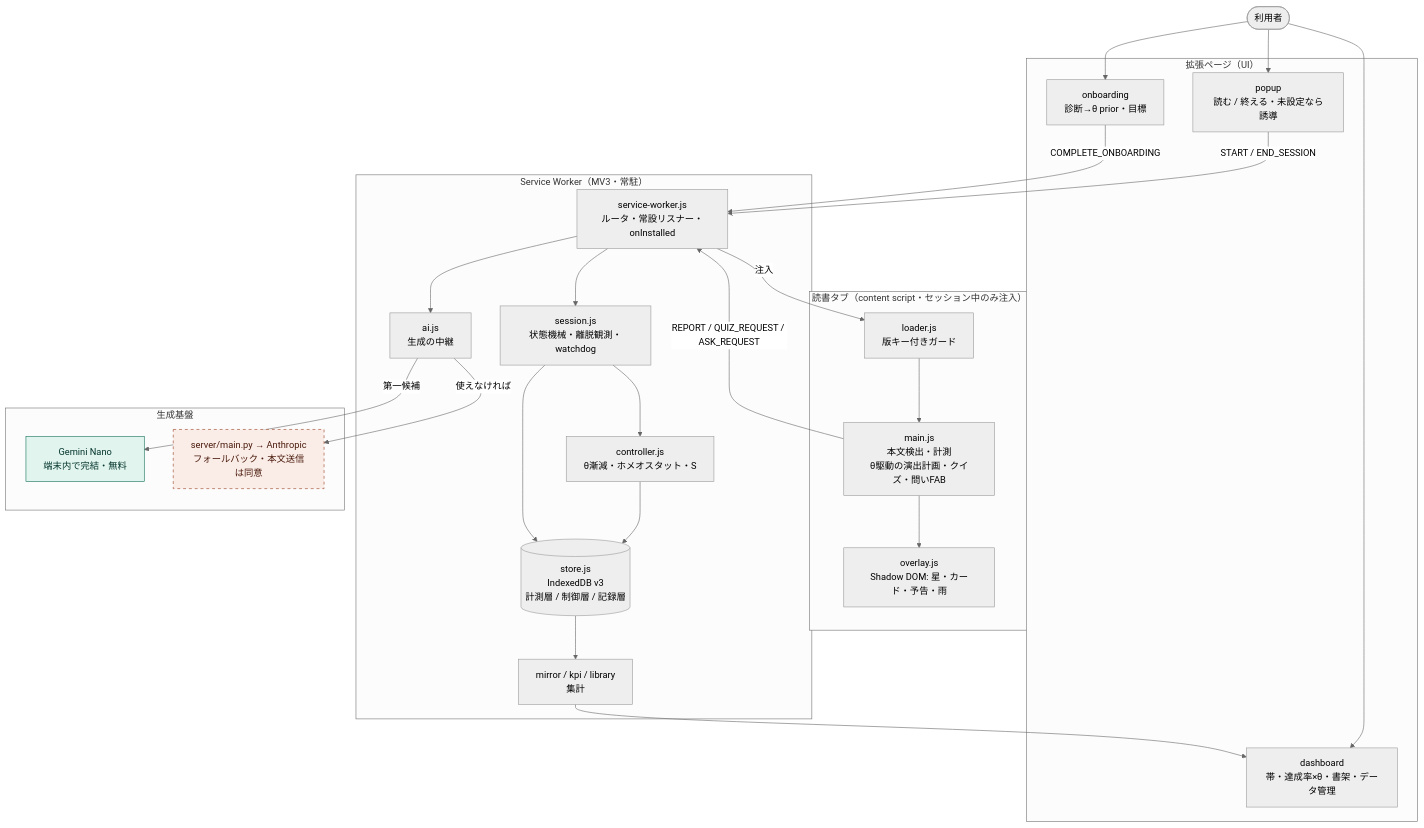
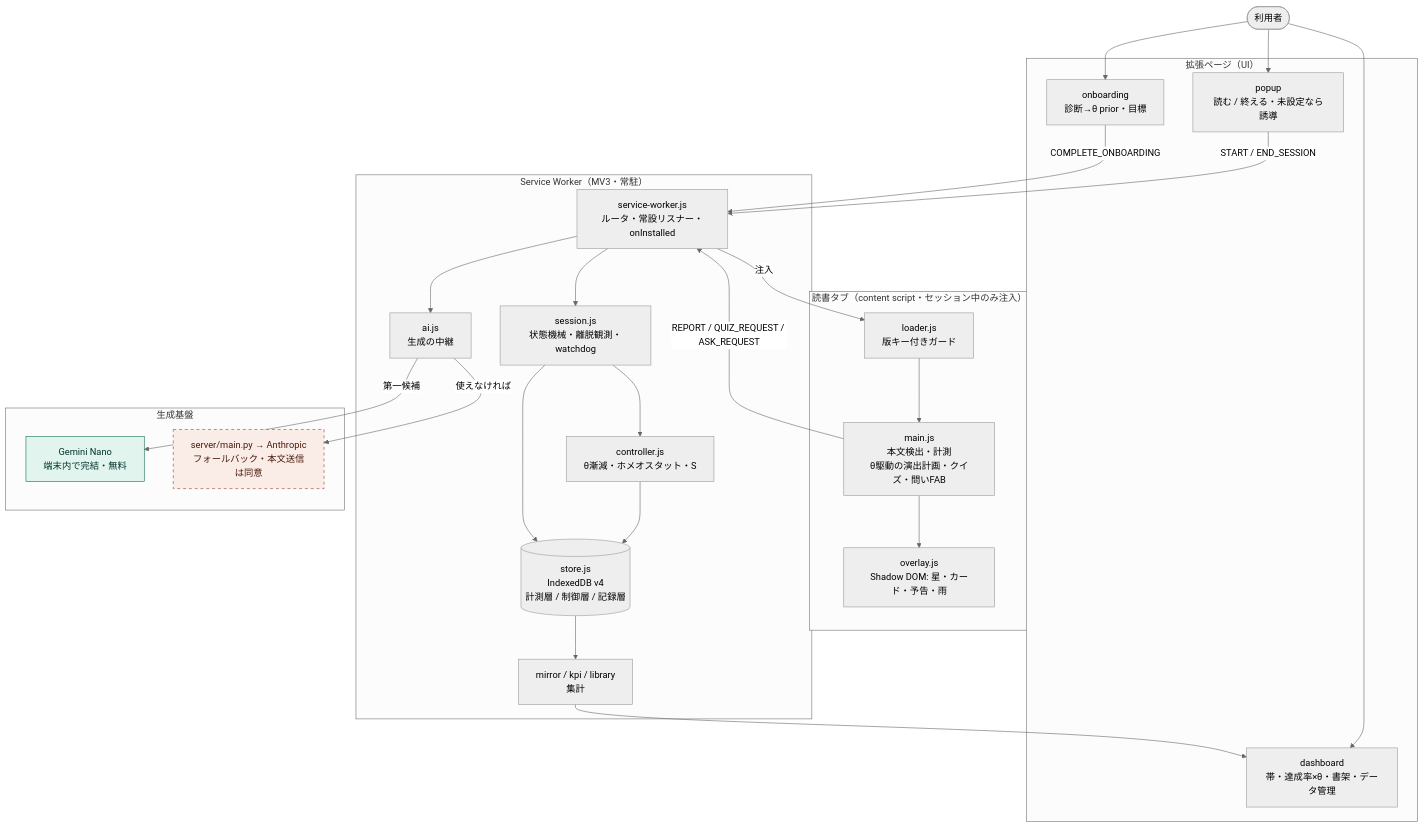
One commit to yukik8/reading-scaffold changed the first of 10 diagrams in docs/architecture-v1.md. Above: the diagram before and after it, drawn with Mermaid (neutral theme). The commit also changed other lines of this file and 2 other files, not shown here.

Commit message:
data-design.md を v2(本と箇所を単位に)へ、v1 は docs/archive へ。architecture-v1.md を IndexedDB v4 に追従 (docs)

````diff
--- a/docs/architecture-v1.md
+++ b/docs/architecture-v1.md
@@ -42,47 +42,47 @@
 ```mermaid
 flowchart TB
   user(["利用者"])
 
   subgraph ui["拡張ページ（UI）"]
     popup["popup<br/>読む / 終える・未設定なら誘導"]
     onboarding["onboarding<br/>診断→θ prior・目標"]
     dashboard["dashboard<br/>帯・達成率×θ・書架・データ管理"]
   end
 
   subgraph content["読書タブ（content script・セッション中のみ注入）"]
     loader["loader.js<br/>版キー付きガード"]
     main["main.js<br/>本文検出・計測<br/>θ駆動の演出計画・クイズ・問いFAB"]
     overlay["overlay.js<br/>Shadow DOM: 星・カード・予告・雨"]
   end
 
   subgraph sw["Service Worker（MV3・常駐）"]
     router["service-worker.js<br/>ルータ・常設リスナー・onInstalled"]
     session["session.js<br/>状態機械・離脱観測・watchdog"]
     controller["controller.js<br/>θ漸減・ホメオスタット・S"]
-    store[("store.js<br/>IndexedDB v3<br/>計測層 / 制御層 / 記録層")]
+    store[("store.js<br/>IndexedDB v4<br/>計測層 / 制御層 / 記録層")]
     agg["mirror / kpi / library<br/>集計"]
     ai["ai.js<br/>生成の中継"]
   end
 
   subgraph gen["生成基盤"]
     nano["Gemini Nano<br/>端末内で完結・無料"]
     server["server/main.py → Anthropic<br/>フォールバック・本文送信は同意"]
   end
 
   user --> popup
   user --> onboarding
   user --> dashboard
   popup -- "START / END_SESSION" --> router
   onboarding -- "COMPLETE_ONBOARDING" --> router
   router -- "注入" --> loader --> main --> overlay
   main -- "REPORT / QUIZ_REQUEST / ASK_REQUEST" --> router
   router --> session --> controller --> store
   session --> store
   router --> ai
   ai -- "第一候補" --> nano
   ai -- "使えなければ" --> server
   store --> agg --> dashboard
 
   style nano fill:#e1f5ee,stroke:#0f6e56,color:#04342c
   style server fill:#faece7,stroke:#993c1d,color:#4a1b0c,stroke-dasharray:5 5
 ```
````
